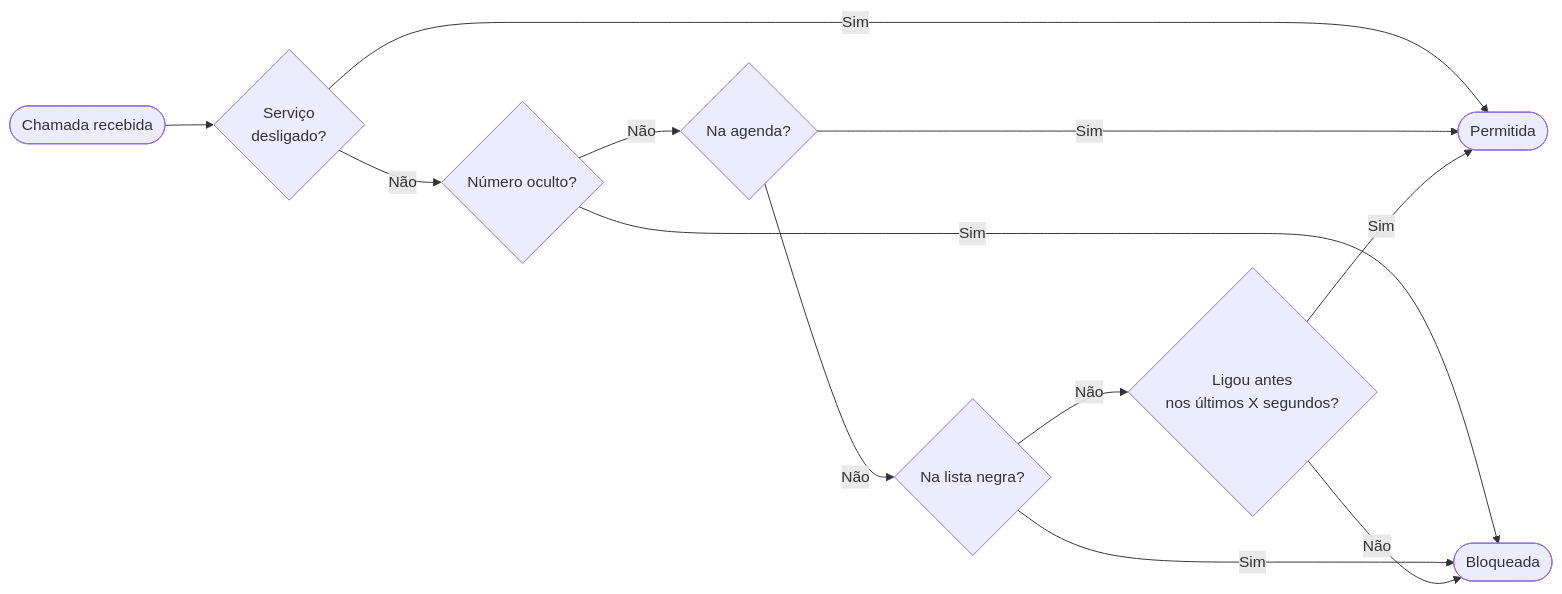
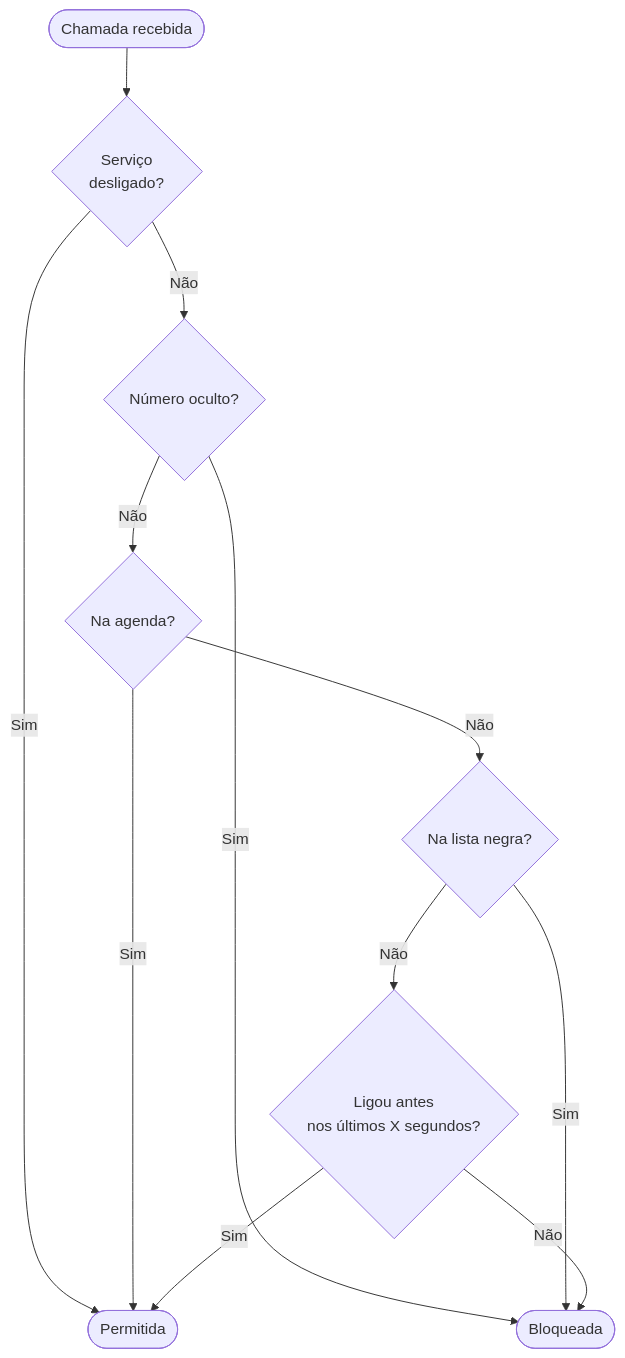
One commit to acdcmaia/call-guard changed the diagram in README.md. Above: the diagram before and after it, drawn with Mermaid.

Commit message:
docs: change flowchart direction from LR to TD in README

````diff
--- a/README.md
+++ b/README.md
@@ -7,14 +7,14 @@
 ```mermaid
-flowchart LR
+flowchart TD
     A([Chamada recebida]) --> OFF{Serviço\ndesligado?}
     OFF -- Sim --> E([Permitida])
     OFF -- Não --> P{Número oculto?}
     P -- Sim --> C([Bloqueada])
     P -- Não --> CK{Na agenda?}
     CK -- Sim --> E
     CK -- Não --> B{Na lista negra?}
     B -- Sim --> C
     B -- Não --> D{Ligou antes\nnos últimos X segundos?}
     D -- Não --> C
     D -- Sim --> E
 ```
````
